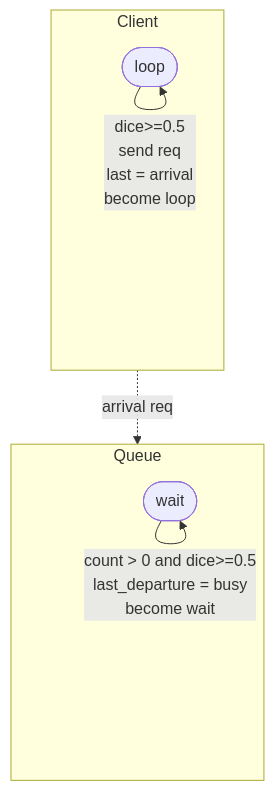
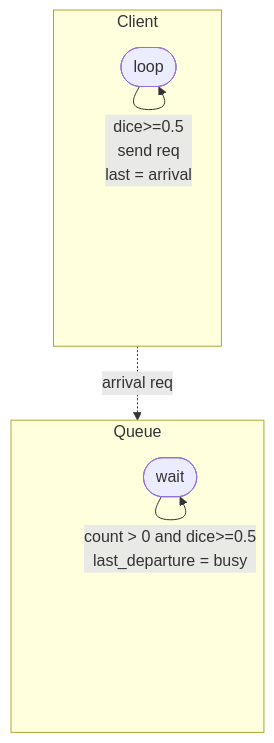
The diagram in docs/mermaid/mm1_5_queue_state.mmd (rfielding/go-ctl2), drawn with Mermaid before and after one commit. The commit also changed 10 other files, not shown here.

```diff
--- a/docs/mermaid/mm1_5_queue_state.mmd
+++ b/docs/mermaid/mm1_5_queue_state.mmd
@@ -1,17 +1,17 @@
 flowchart TD
     subgraph Client
         direction TB
-        C_loop([loop]) -->|"dice&lt;0.5<br/>last = sleep<br/>become loop"| C_loop
-        C_loop -->|"dice&gt;=0.5<br/>send req<br/>last = arrival<br/>become loop"| C_loop
+        C_loop([loop]) -->|"dice&lt;0.5<br/>last = sleep"| C_loop
+        C_loop -->|"dice&gt;=0.5<br/>send req<br/>last = arrival"| C_loop
     end
 
     subgraph Queue
         direction TB
-        Q_wait([wait]) -->|"req and count = 0<br/>count += 1<br/>elapsed = 0<br/>become wait"| Q_wait
-        Q_wait -->|"req and 0 &lt; count &lt; 5<br/>count += 1<br/>become wait"| Q_wait
-        Q_wait -->|"req and count = 5<br/>dropped_count += 1<br/>become wait"| Q_wait
-        Q_wait -->|"count &gt; 0 and dice&lt;0.5<br/>count -= 1<br/>last_departure = service-complete<br/>become wait"| Q_wait
-        Q_wait -->|"count &gt; 0 and dice&gt;=0.5<br/>last_departure = busy<br/>become wait"| Q_wait
+        Q_wait([wait]) -->|"req and count = 0<br/>count += 1<br/>elapsed = 0"| Q_wait
+        Q_wait -->|"req and 0 &lt; count &lt; 5<br/>count += 1"| Q_wait
+        Q_wait -->|"req and count = 5<br/>dropped_count += 1"| Q_wait
+        Q_wait -->|"count &gt; 0 and dice&lt;0.5<br/>count -= 1<br/>last_departure = service-complete"| Q_wait
+        Q_wait -->|"count &gt; 0 and dice&gt;=0.5<br/>last_departure = busy"| Q_wait
     end
 
     C_loop -. arrival req .-> Q_wait
```
